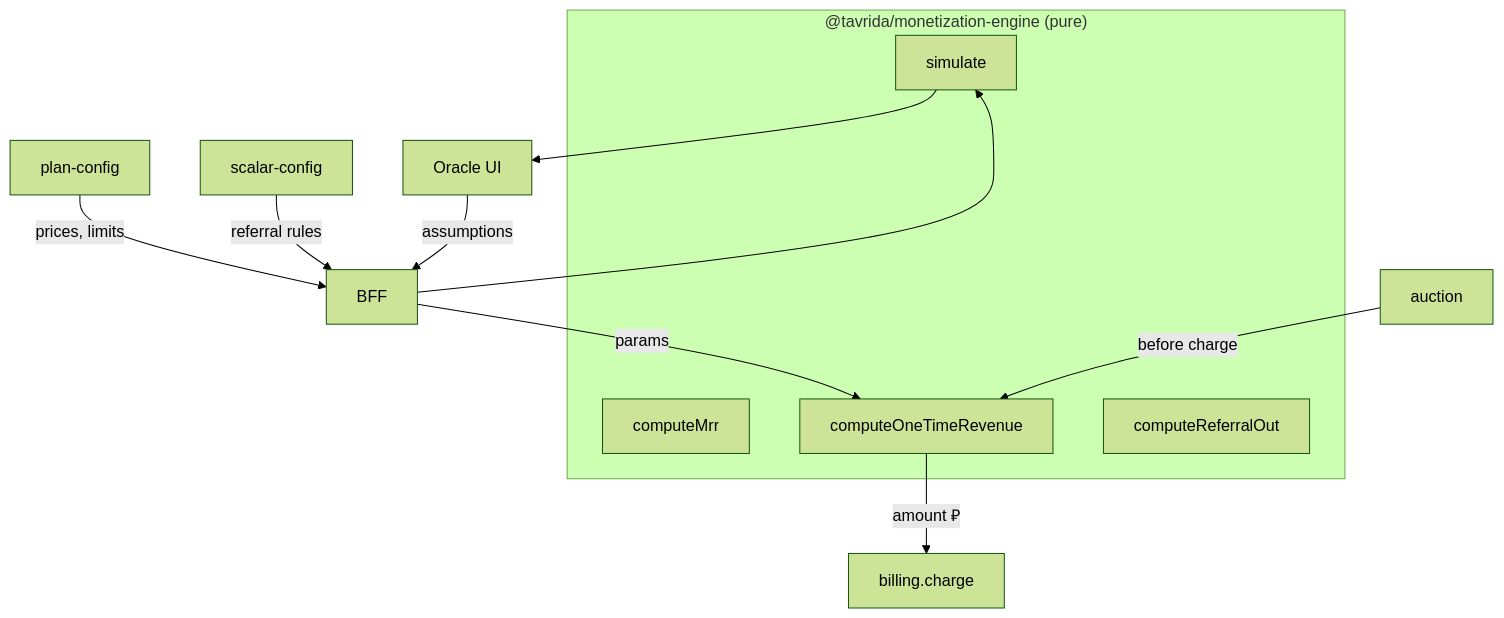
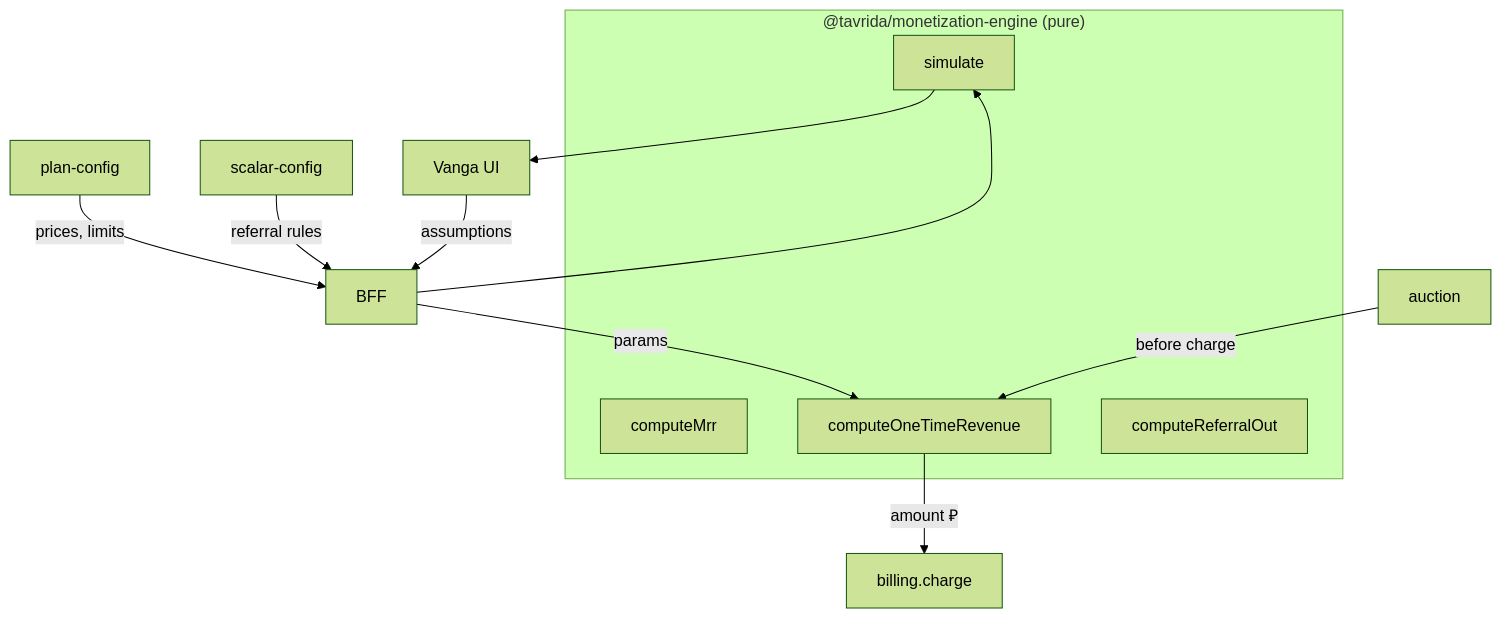
The diagram in docs/03-architecture/adr/015-monetization-engine.md (andrewb76/tavrida), drawn with Mermaid (forest theme) before and after one commit. The commit also changed other lines of this file and 202 other files, not shown here.

````diff
--- a/docs/03-architecture/adr/015-monetization-engine.md
+++ b/docs/03-architecture/adr/015-monetization-engine.md
@@ -41,18 +41,18 @@
 ```mermaid
 flowchart TB
   subgraph engine["@tavrida/monetization-engine (pure)"]
     F1[computeMrr]
     F2[computeOneTimeRevenue]
     F3[computeReferralOut]
     F4[simulate]
   end
 
   PC[plan-config] -->|prices, limits| BFF
   SC[scalar-config] -->|referral rules| BFF
   BFF -->|params| F2
   Auction[auction] -->|before charge| F2
-  OracleUI[Oracle UI] -->|assumptions| BFF
+  VangaUI[Vanga UI] -->|assumptions| BFF
   BFF --> F4
-  F4 --> OracleUI
+  F4 --> VangaUI
   F2 -->|amount ₽| Billing[billing.charge]
 ```
````
